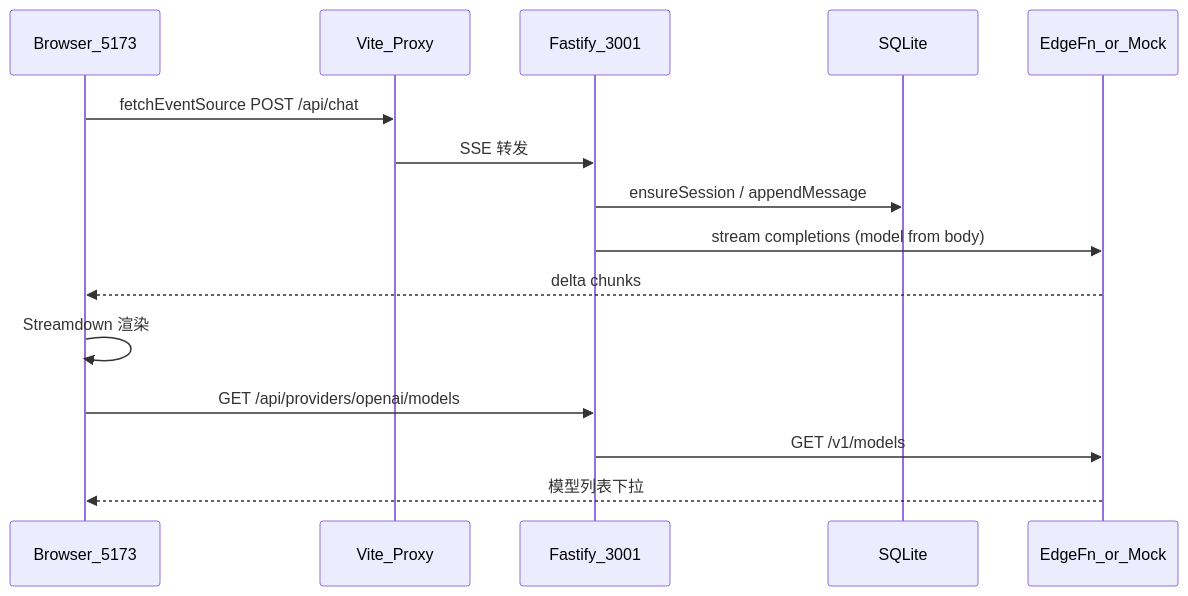
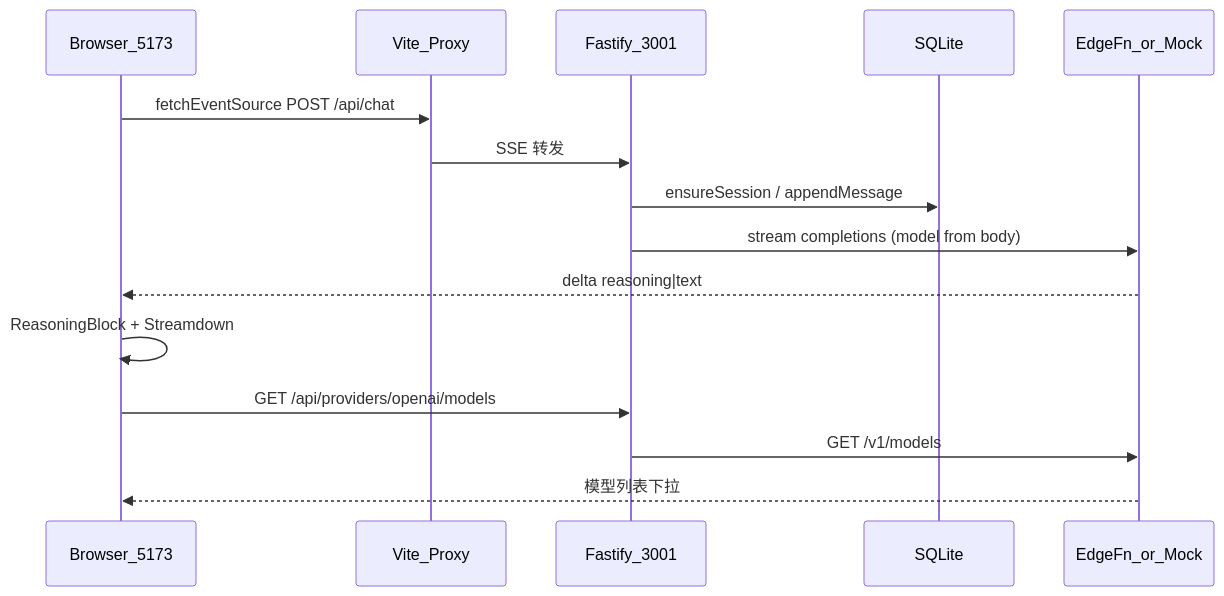
One commit to sowee121/xx-chat-ai changed the diagram in docs/plan.md. Above: the diagram before and after it, drawn with Mermaid. The commit also changed other lines of this file and 49 other files, not shown here.

````diff
--- a/docs/plan.md
+++ b/docs/plan.md
@@ -148,18 +147,18 @@
 ```mermaid
 sequenceDiagram
     participant Browser as Browser_5173
     participant Vite as Vite_Proxy
     participant API as Fastify_3001
     participant DB as SQLite
     participant LLM as EdgeFn_or_Mock
 
     Browser->>Vite: fetchEventSource POST /api/chat
     Vite->>API: SSE 转发
     API->>DB: ensureSession / appendMessage
     API->>LLM: stream completions (model from body)
-    LLM-->>Browser: delta chunks
-    Browser->>Browser: Streamdown 渲染
+    LLM-->>Browser: delta reasoning|text
+    Browser->>Browser: ReasoningBlock + Streamdown
     Browser->>API: GET /api/providers/openai/models
     API->>LLM: GET /v1/models
     LLM-->>Browser: 模型列表下拉
 ```
````
